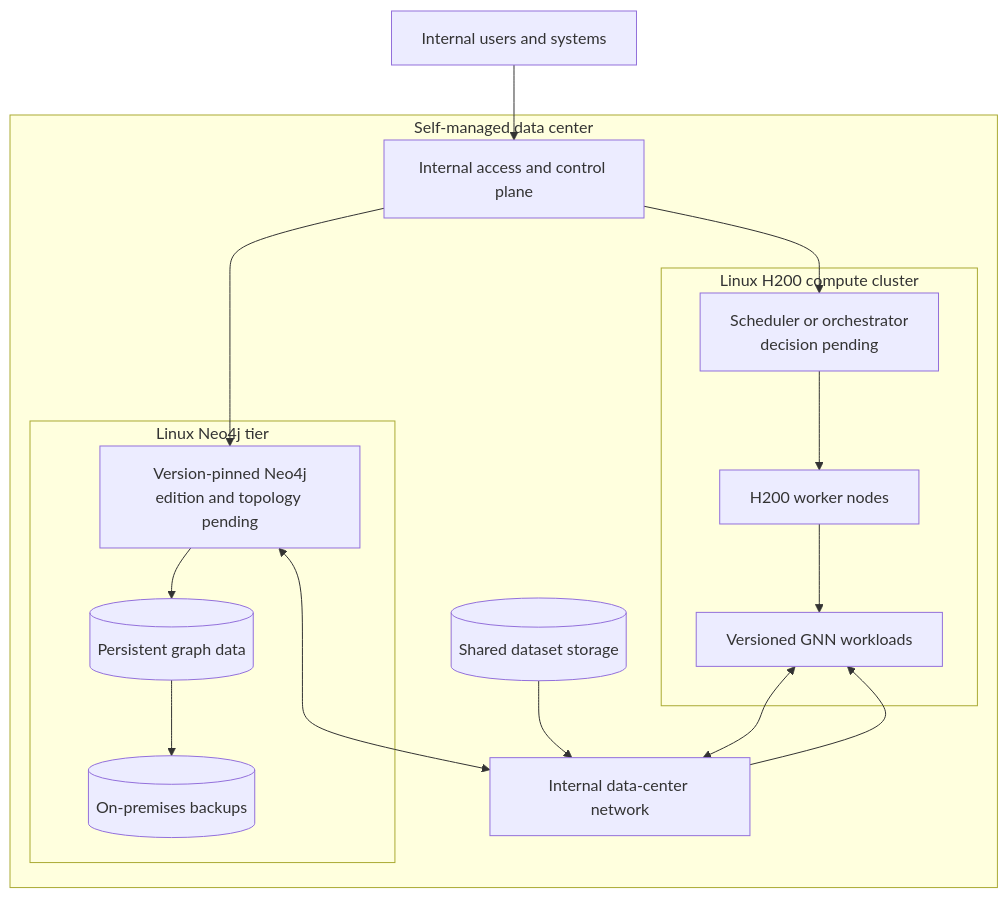
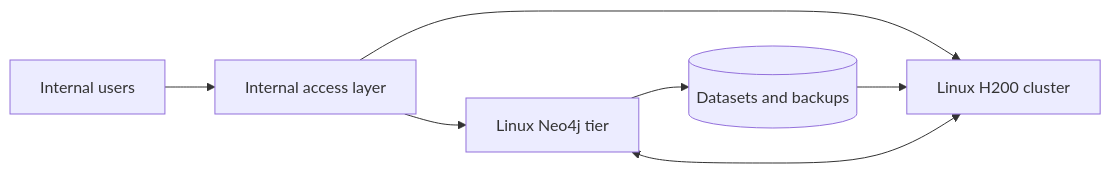
One commit to gh-andirdju/ml changed the diagram in docs/04-decisions/ADR-003-production-topology.md. Above: the diagram before and after it, drawn with Mermaid. The commit also changed other lines of this file and 19 other files, not shown here.

````diff
--- a/docs/04-decisions/ADR-003-production-topology.md
+++ b/docs/04-decisions/ADR-003-production-topology.md
@@ -23,34 +17,9 @@
 ```mermaid
-flowchart TB
-    users[Internal users and systems]
-
-    subgraph dc[Self-managed data center]
-        access[Internal access and control plane]
-
-        subgraph compute[Linux H200 compute cluster]
-            scheduler[Scheduler or orchestrator<br/>decision pending]
-            workers[H200 worker nodes]
-            training[Versioned GNN workloads]
-            scheduler --> workers --> training
-        end
-
-        subgraph database[Linux Neo4j tier]
-            neo4j[Version-pinned Neo4j<br/>edition and topology pending]
-            dbdata[(Persistent graph data)]
-            backups[(On-premises backups)]
-            neo4j --> dbdata
-            dbdata --> backups
-        end
-
-        datasets[(Shared dataset storage)]
-        fabric[Internal data-center network]
-
-        access --> scheduler
-        access --> neo4j
-        datasets --> fabric --> training
-        training <--> fabric
-        neo4j <--> fabric
-    end
-
-    users --> access
+flowchart LR
+    users[Internal users] --> access[Internal access layer]
+    access --> h200[Linux H200 cluster]
+    access --> neo[Linux Neo4j tier]
+    storage[(Datasets and backups)] --> h200
+    neo <--> h200
+    neo --> storage
 ```
````
